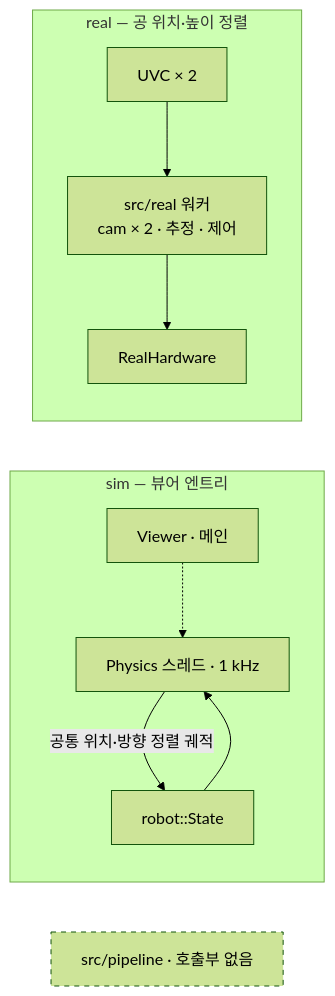
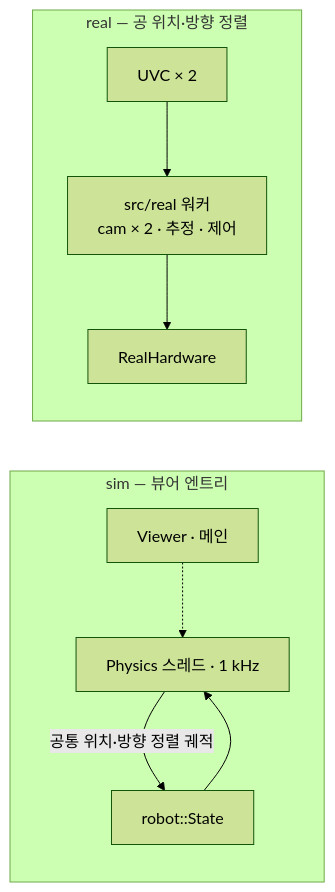
The third of 4 diagrams in README.md (luv-all/pingpong-bot), drawn with Mermaid (forest theme) before and after one commit. The commit also changed other lines of this file and 20 other files, not shown here.

````diff
--- a/README.md
+++ b/README.md
@@ -446,21 +444,19 @@
 ```mermaid
 flowchart LR
   subgraph simSide ["sim — 뷰어 엔트리"]
     viewer["Viewer · 메인"]
     physics["Physics 스레드 · 1 kHz"]
     simHw["robot::State"]
     viewer -.-> physics
     physics -->|"공통 위치·방향 정렬 궤적"| simHw
     simHw --> physics
   end
 
-  subgraph realSide ["real — 공 위치·높이 정렬"]
+  subgraph realSide ["real — 공 위치·방향 정렬"]
     realCamera["UVC × 2"]
     realWorkers["src/real 워커<br/>cam × 2 · 추정 · 제어"]
     realHw["RealHardware"]
     realCamera --> realWorkers --> realHw
   end
 
-  dead["src/pipeline · 호출부 없음"]
-  style dead stroke-dasharray: 5 5
 ```
````
